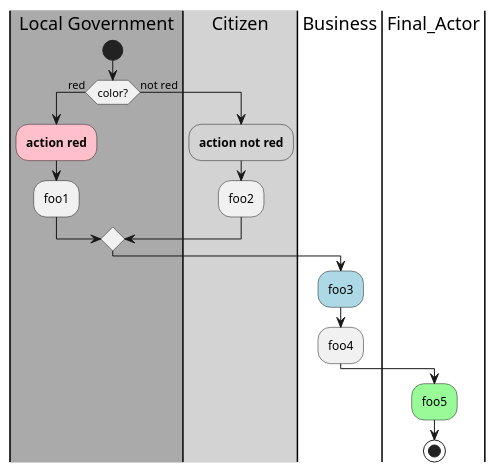
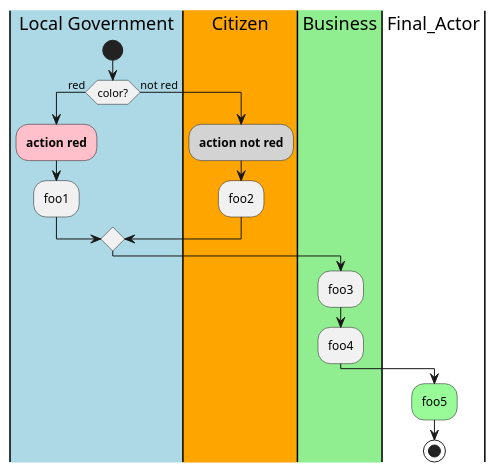
One commit to hesusruiz/PrivacyCred changed the first of 3 diagrams in images/PrivacyConsent_OverallFlow.puml. Above: the diagram before and after it, drawn with PlantUML. The commit also changed 38 other files, not shown here.

```diff
--- a/images/PrivacyConsent_OverallFlow.puml
+++ b/images/PrivacyConsent_OverallFlow.puml
@@ -1,20 +1,20 @@
 @startuml PrivacyConsent_OverallFlow
 
-|#aaaaaa|Local Government|
+|#lightblue|Local Government|
 start
 if (color?) is (red) then
 #pink:**action red**;
 :foo1;
 else (not red)
-|#lightgray|Citizen|
+|#orange|Citizen|
 #lightgray:**action not red**;
 :foo2;
 endif
-|Business|
-#lightblue:foo3;
+|#lightgreen|Business|
+:foo3;
 :foo4;
 |Final_Actor|
 #palegreen:foo5;
 stop
 
 @enduml
```
